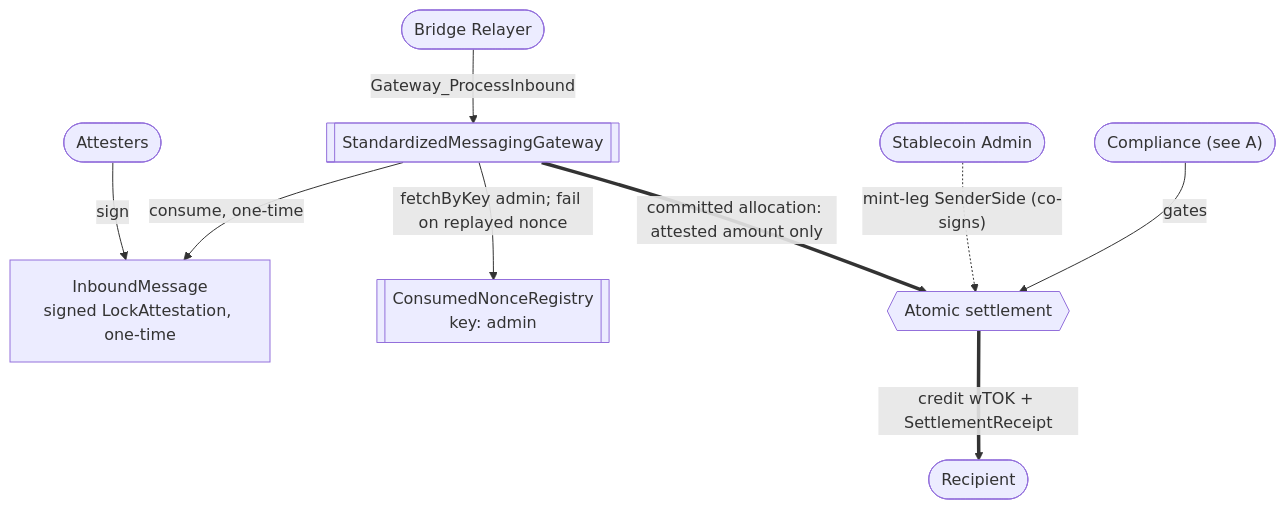
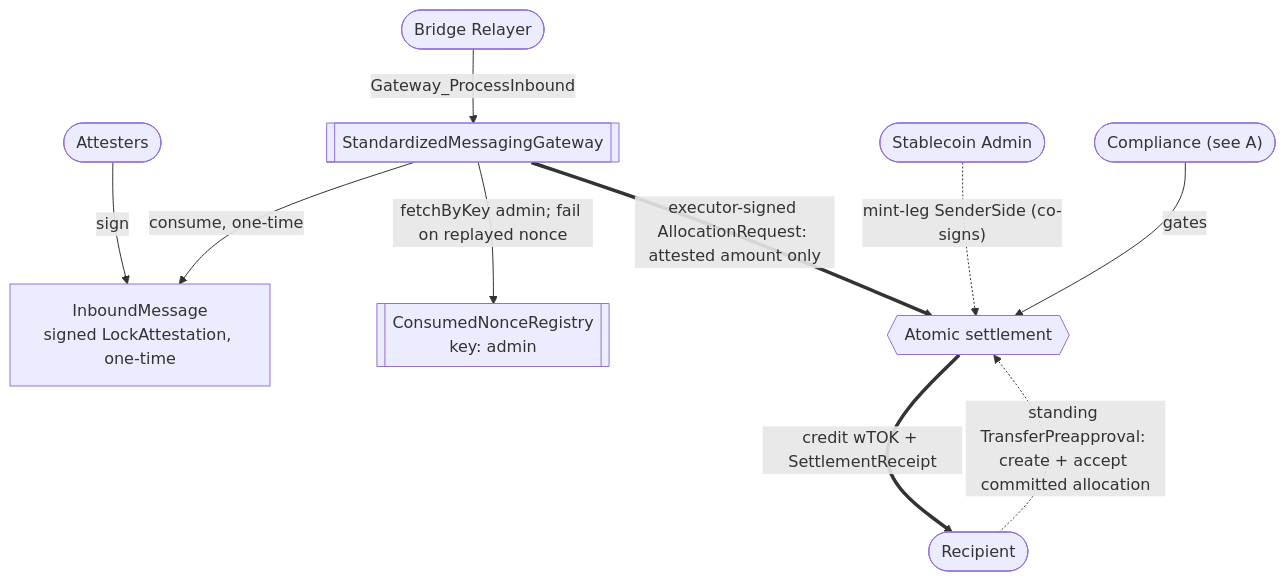
The second of 5 diagrams in docs/ri-reports/03-cross-chain-stablecoin.md (OpenZeppelin/canton-specs), drawn with Mermaid before and after one commit. The commit also changed other lines of this file, not shown here.

````diff
--- a/docs/ri-reports/03-cross-chain-stablecoin.md
+++ b/docs/ri-reports/03-cross-chain-stablecoin.md
@@ -168,21 +172,22 @@
 ```mermaid
 flowchart TD
     Attesters([Attesters])
     Relayer([Bridge Relayer])
     Msg["InboundMessage<br/>signed LockAttestation, one-time"]
     GW[["StandardizedMessagingGateway"]]
     Nonces[["ConsumedNonceRegistry<br/>key: admin"]]
     Issuer([Stablecoin Admin])
     Compliance(["Compliance (see A)"])
     Settle{{Atomic settlement}}
     Recipient([Recipient])
 
     Attesters -->|"sign"| Msg
     Relayer -->|"Gateway_ProcessInbound"| GW
     GW -->|"consume, one-time"| Msg
     GW -->|"fetchByKey admin; fail on replayed nonce"| Nonces
-    GW ==>|"committed allocation: attested amount only"| Settle
+    GW ==>|"executor-signed AllocationRequest: attested amount only"| Settle
+    Recipient -.->|"standing TransferPreapproval: create + accept committed allocation"| Settle
     Issuer -.->|"mint-leg SenderSide (co-signs)"| Settle
     Compliance -->|"gates"| Settle
     Settle ==>|"credit wTOK + SettlementReceipt"| Recipient
 ```
````
